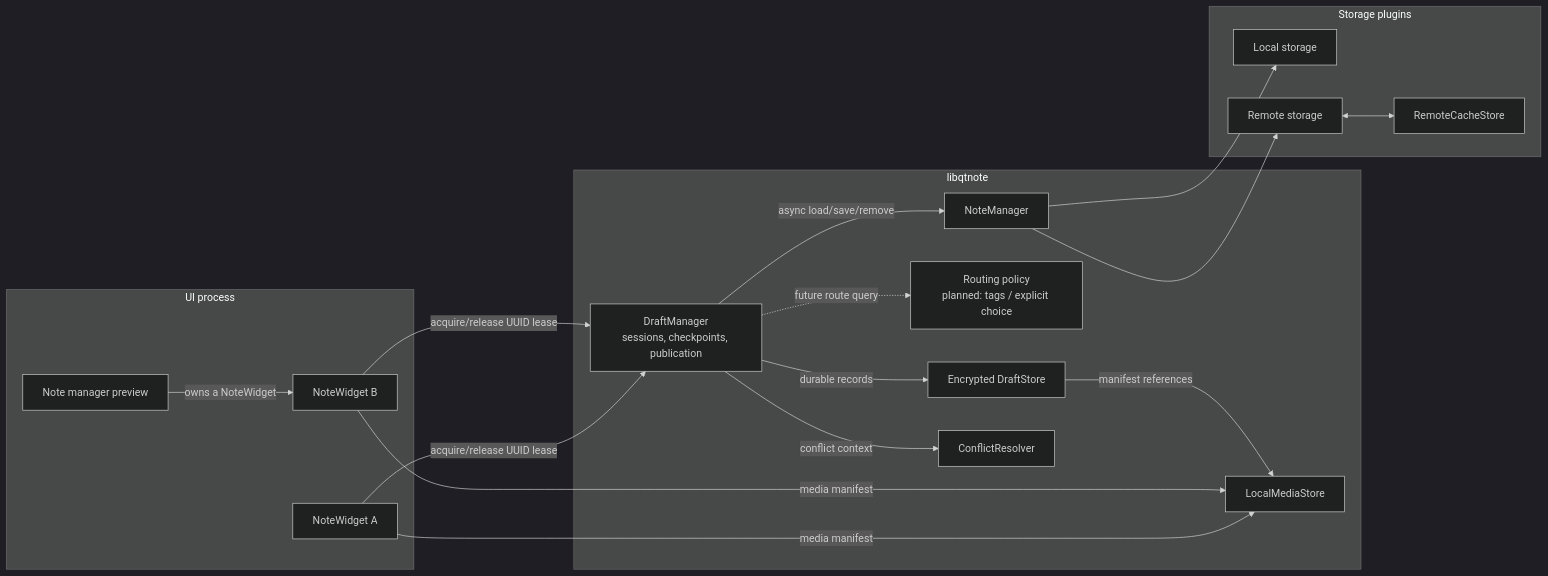
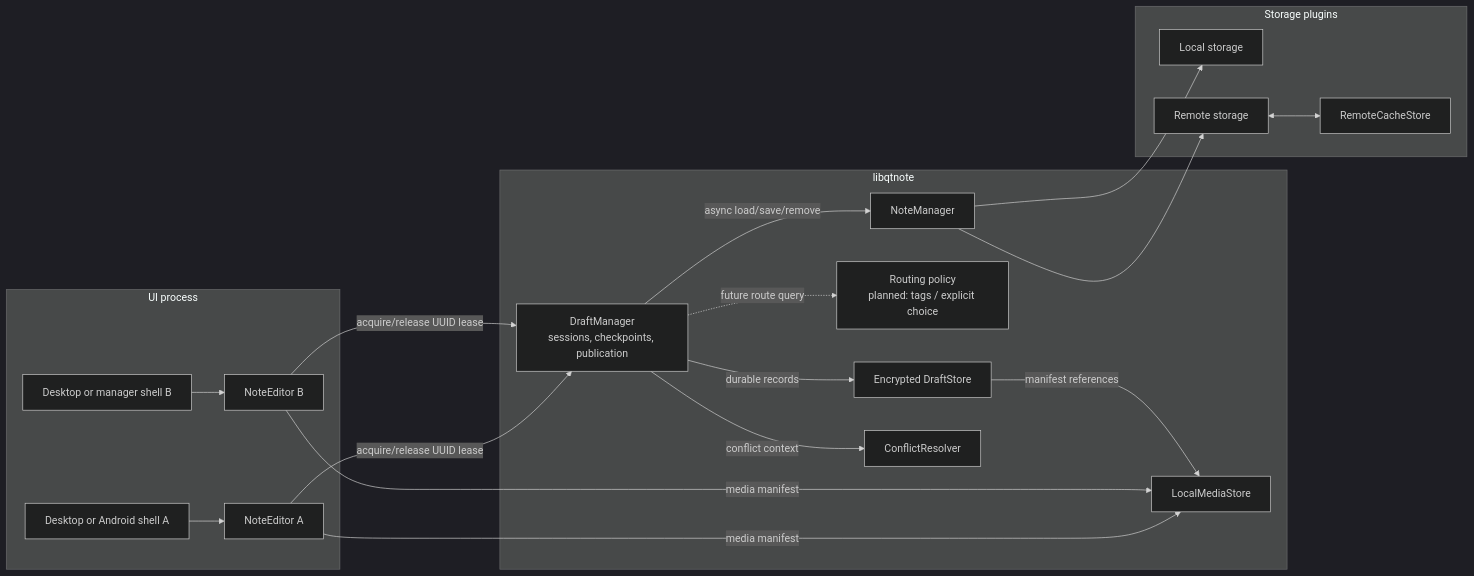
Before and after one commit to Ri0n/QtNote: the first of 8 diagrams in docs/note-lifecycle-architecture.md, drawn with Mermaid (dark theme). The commit also changed other lines of this file and 57 other files, not shown here.

````diff
--- a/docs/note-lifecycle-architecture.md
+++ b/docs/note-lifecycle-architecture.md
@@ -65,37 +65,39 @@
 ```mermaid
 flowchart LR
     subgraph UI["UI process"]
-        W1["NoteWidget A"]
-        W2["NoteWidget B"]
-        NM["Note manager preview"]
+        S1["Desktop or Android shell A"]
+        S2["Desktop or manager shell B"]
+        E1["NoteEditor A"]
+        E2["NoteEditor B"]
     end
 
     subgraph Core["libqtnote"]
         DM["DraftManager<br/>sessions, checkpoints, publication"]
         DS["Encrypted DraftStore"]
         ROUTE["Routing policy<br/>planned: tags / explicit choice"]
         MGR["NoteManager"]
         CR["ConflictResolver"]
         MEDIA["LocalMediaStore"]
     end
 
     subgraph Backends["Storage plugins"]
         LOCAL["Local storage"]
         REMOTE["Remote storage"]
         CACHE["RemoteCacheStore"]
     end
 
-    W1 -->|"acquire/release UUID lease"| DM
-    W2 -->|"acquire/release UUID lease"| DM
-    NM -->|"owns a NoteWidget"| W2
-    W1 -->|"media manifest"| MEDIA
-    W2 -->|"media manifest"| MEDIA
+    S1 --> E1
+    S2 --> E2
+    E1 -->|"acquire/release UUID lease"| DM
+    E2 -->|"acquire/release UUID lease"| DM
+    E1 -->|"media manifest"| MEDIA
+    E2 -->|"media manifest"| MEDIA
     DM -->|"durable records"| DS
     DM -.->|"future route query"| ROUTE
     DM -->|"async load/save/remove"| MGR
     DM -->|"conflict context"| CR
     MGR --> LOCAL
     MGR --> REMOTE
     REMOTE <--> CACHE
     DS -->|"manifest references"| MEDIA
 ```
````
